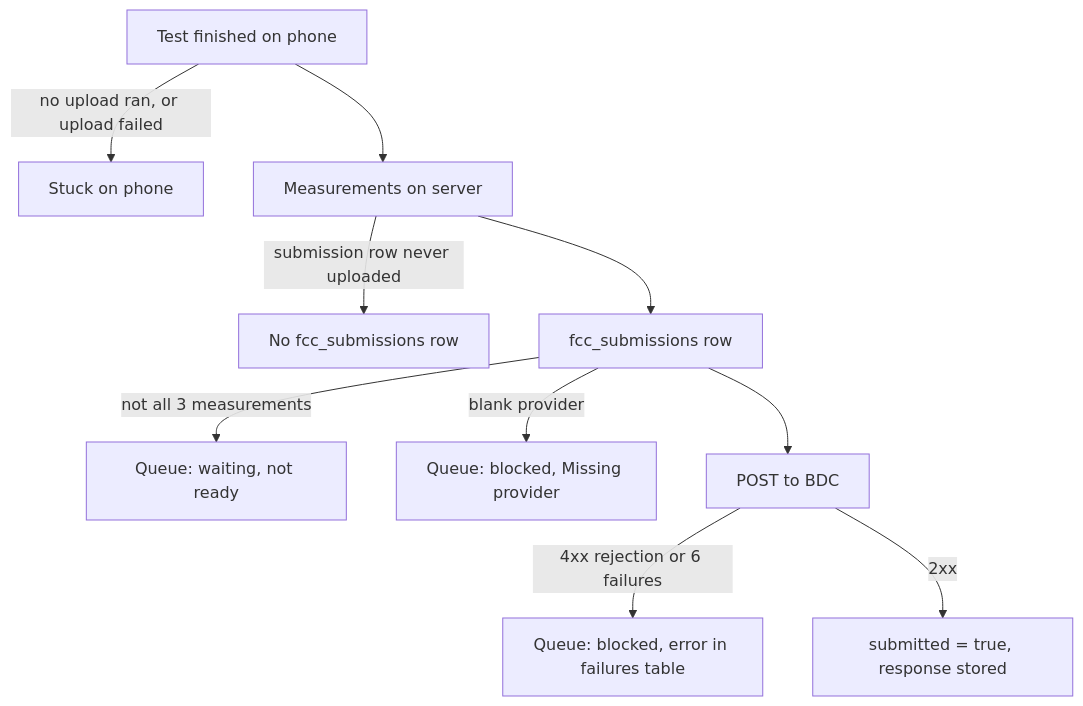
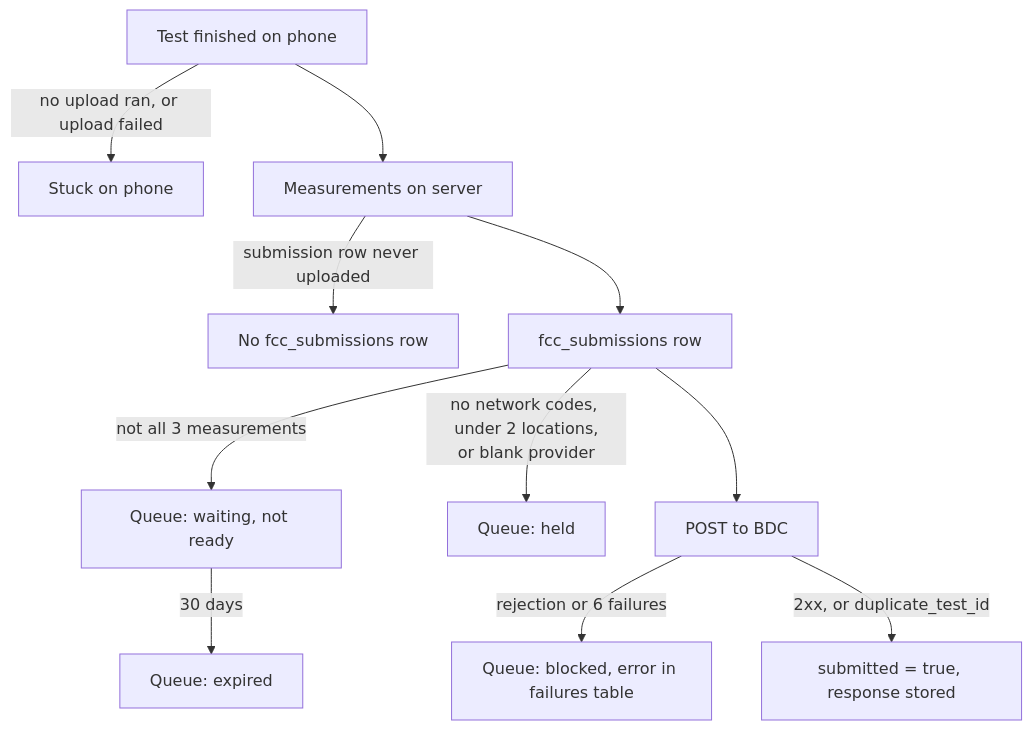
One commit to CellWatch/cellwatch-app changed the diagram in docs/fcc/inquiries-and-reconciliation.md. Above: the diagram before and after it, drawn with Mermaid. The commit also changed other lines of this file and 22 other files, not shown here.

````diff
--- a/docs/fcc/inquiries-and-reconciliation.md
+++ b/docs/fcc/inquiries-and-reconciliation.md
@@ -19,12 +19,13 @@
 ```mermaid
 flowchart TD
   A[Test finished on phone] -->|"no upload ran, or upload failed"| S1[Stuck on phone]
   A --> B[Measurements on server]
   B -->|"submission row never uploaded"| S2[No fcc_submissions row]
   B --> C[fcc_submissions row]
   C -->|"not all 3 measurements"| S3[Queue: waiting, not ready]
-  C -->|"blank provider"| S4[Queue: blocked, Missing provider]
+  S3 -->|"30 days"| S6[Queue: expired]
+  C -->|"no network codes, under 2 locations,<br/>or blank provider"| S4[Queue: held]
   C --> D[POST to BDC]
-  D -->|"4xx rejection or 6 failures"| S5[Queue: blocked, error in failures table]
-  D -->|"2xx"| E[submitted = true, response stored]
+  D -->|"rejection or 6 failures"| S5[Queue: blocked, error in failures table]
+  D -->|"2xx, or duplicate_test_id"| E[submitted = true, response stored]
 ```
````
